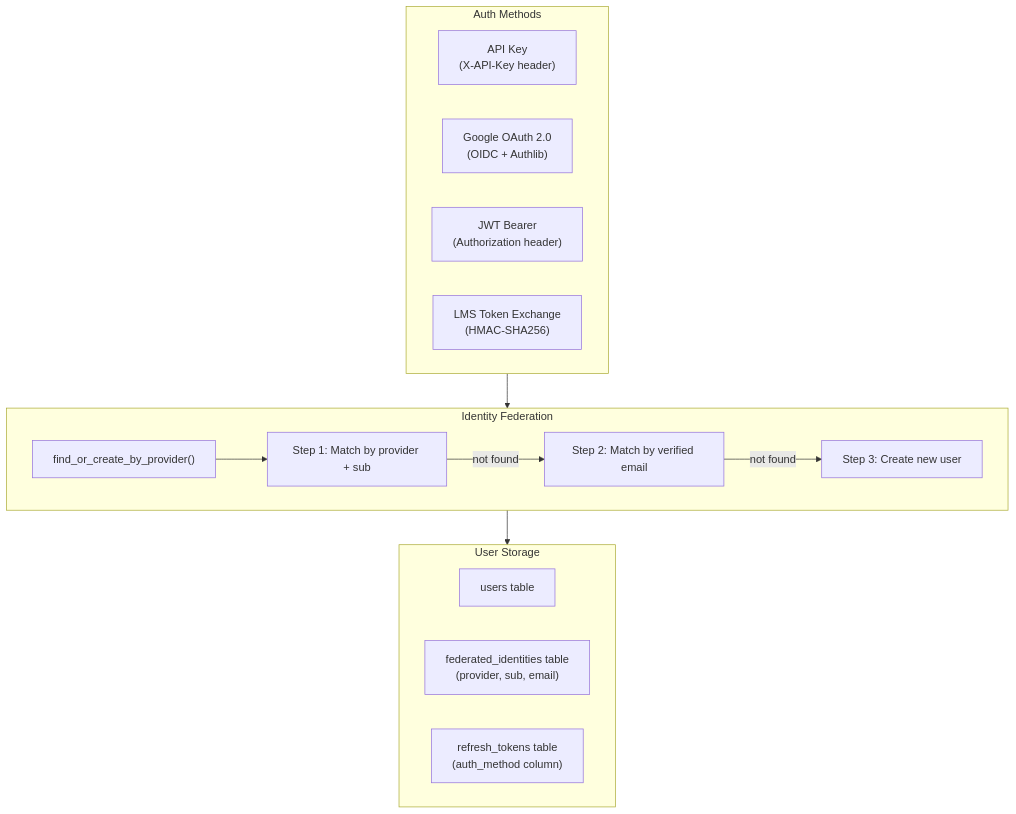
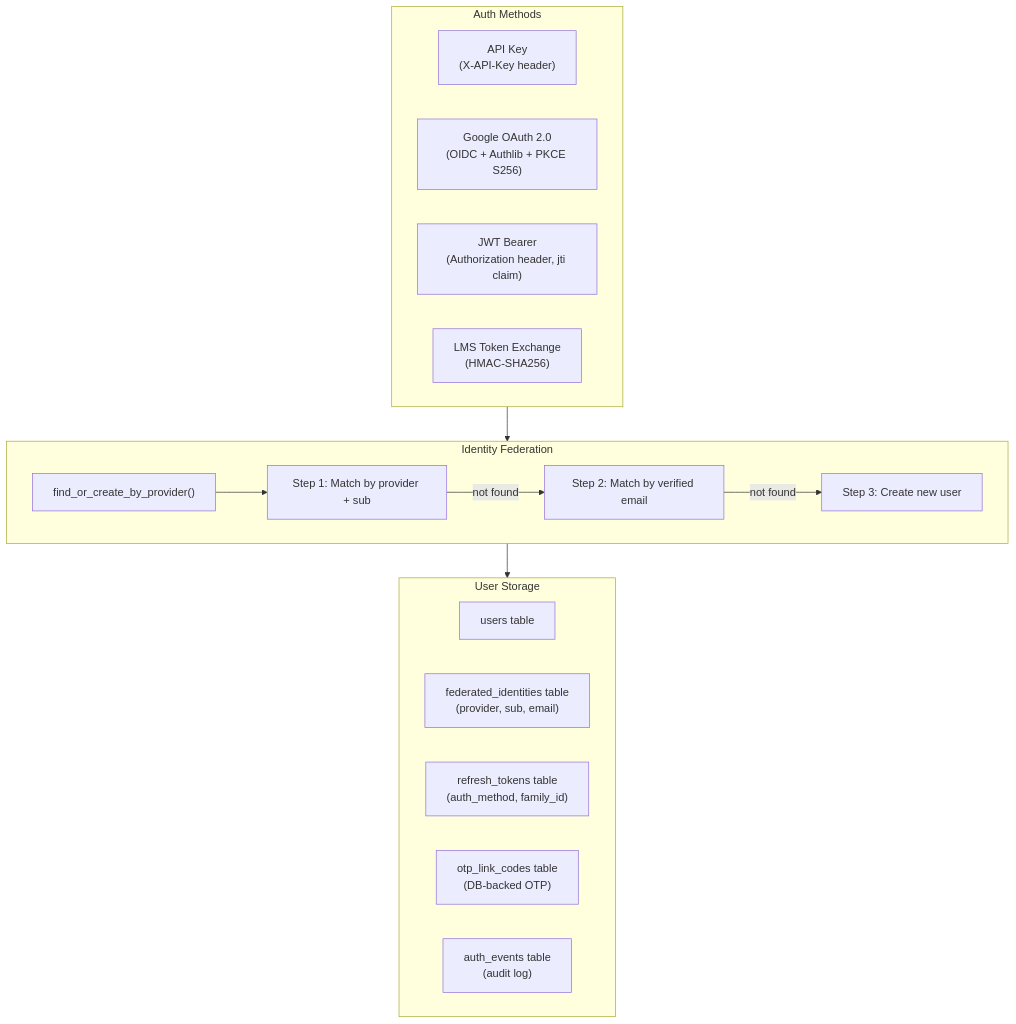
Before and after one commit to meiiie/wiii: diagram 16 of 25 in maritime-ai-service/docs/architecture/SYSTEM_ARCHITECTURE.md, drawn with Mermaid. The commit also changed other lines of this file and 542 other files, not shown here.

````diff
--- a/maritime-ai-service/docs/architecture/SYSTEM_ARCHITECTURE.md
+++ b/maritime-ai-service/docs/architecture/SYSTEM_ARCHITECTURE.md
@@ -1196,24 +1203,26 @@
 ```mermaid
 flowchart TB
     subgraph Methods["Auth Methods"]
         APIKEY["API Key<br/>(X-API-Key header)"]
-        GOOGLE["Google OAuth 2.0<br/>(OIDC + Authlib)"]
-        JWT_M["JWT Bearer<br/>(Authorization header)"]
+        GOOGLE["Google OAuth 2.0<br/>(OIDC + Authlib + PKCE S256)"]
+        JWT_M["JWT Bearer<br/>(Authorization header, jti claim)"]
         LMS_M["LMS Token Exchange<br/>(HMAC-SHA256)"]
     end
 
     subgraph Federation["Identity Federation"]
         FED["find_or_create_by_provider()"]
         FED --> S1["Step 1: Match by provider + sub"]
         S1 -->|not found| S2["Step 2: Match by verified email"]
         S2 -->|not found| S3["Step 3: Create new user"]
     end
 
     subgraph Storage["User Storage"]
         USERS["users table"]
         IDENT["federated_identities table<br/>(provider, sub, email)"]
-        TOKENS["refresh_tokens table<br/>(auth_method column)"]
+        TOKENS["refresh_tokens table<br/>(auth_method, family_id)"]
+        OTP["otp_link_codes table<br/>(DB-backed OTP)"]
+        AUDIT["auth_events table<br/>(audit log)"]
     end
 
     Methods --> Federation --> Storage
 ```
````
